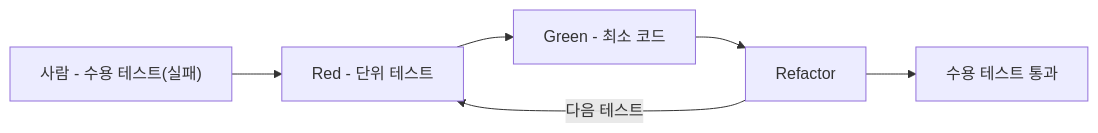
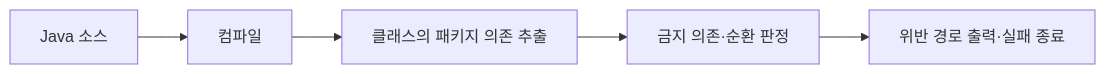
The fifth of 8 diagrams in courses/ai-native/sessions/s04.md (YoungSan77/TrainingMaterials), drawn with Mermaid before and after one commit. The commit also changed other lines of this file and 198 other files, not shown here.

````diff
--- a/courses/ai-native/sessions/s04.md
+++ b/courses/ai-native/sessions/s04.md
@@ -307,5 +288,5 @@
 ```mermaid
 flowchart LR
-    H["사람 - 수용 테스트(실패)"] --> R["Red - 단위 테스트"] --> G["Green - 최소 코드"] --> F["Refactor"] -->|다음 테스트| R
-    F --> A["수용 테스트 통과"]
+    A["Java 소스"] --> B["컴파일"] --> C["클래스의 패키지 의존 추출"]
+    C --> D["금지 의존·순환 판정"] --> E["위반 경로 출력·실패 종료"]
 ```
````
